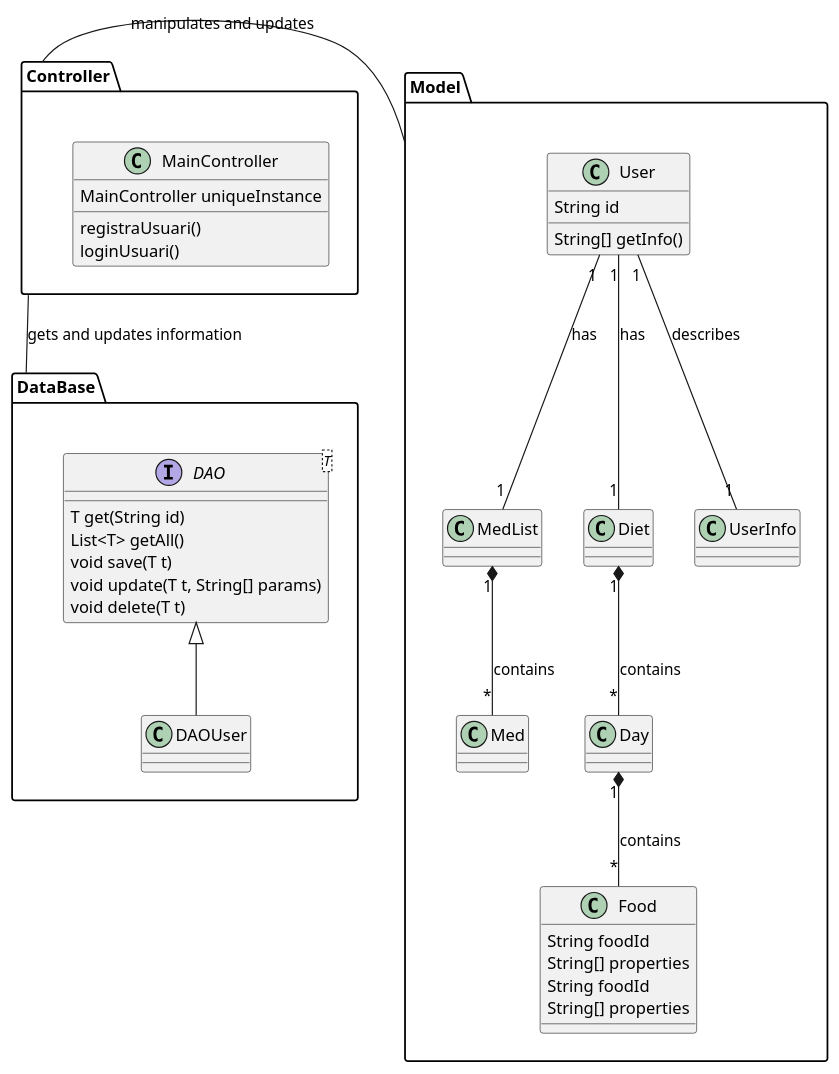
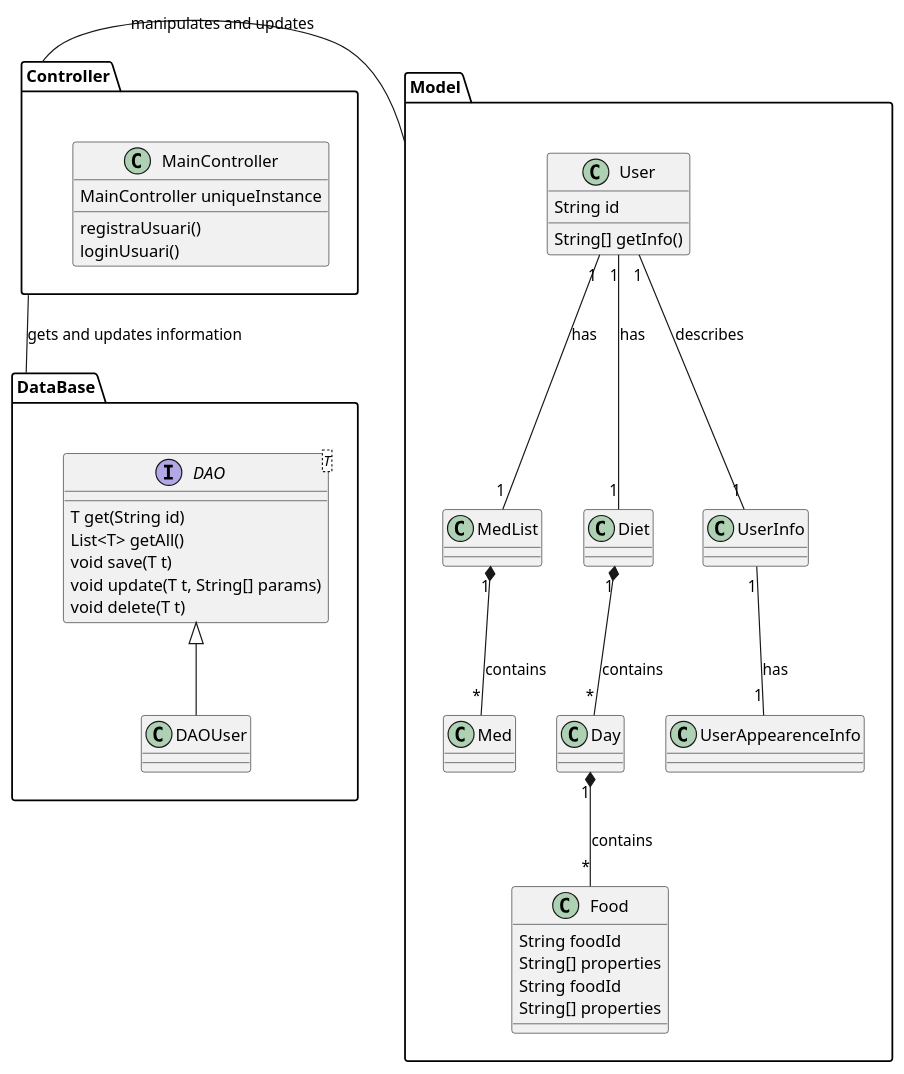
Before and after one commit to angelmc1309/MedButler: the diagram in app/Class.puml, drawn with PlantUML. The commit also changed 7 other files, not shown here.

```diff
--- a/app/Class.puml
+++ b/app/Class.puml
@@ -1,44 +1,44 @@
 @startuml
 
 
 
 Model.MedList "1"*--"*" Model.Med:"contains"
 Model.User "1"--"1" Model.MedList:"has"
 Model.User "1"--"1" Model.Diet:"has"
 Model.Diet "1"*--"*" Model.Day:"contains"
 Model.Day "1"*--"*" Model.Food:"contains"
 Model.User "1"--"1" Model.UserInfo:"describes"
 
 
 class Model.User{
     String id
     String[] getInfo()
 }
 Controller - Model:"manipulates and updates"
 Controller -- DataBase:"gets and updates information"
 package DataBase{}
 package Controller{}
 class Model.Food{
     String foodId
     String[] properties
 }
 class Model.Food{
     String foodId
     String[] properties
 }
 class Controller.MainController{
 MainController uniqueInstance
 registraUsuari()
 loginUsuari()
 }
 interface DataBase.DAO<T>{
 T get(String id)
 List<T> getAll()
 void save(T t)
 void update(T t, String[] params)
 void delete(T t)
 }
 DataBase.DAO <|-- DataBase.DAOUser
-
+Model.UserInfo "1"--"1" Model.UserAppearenceInfo:"has"
 
 @enduml
```
